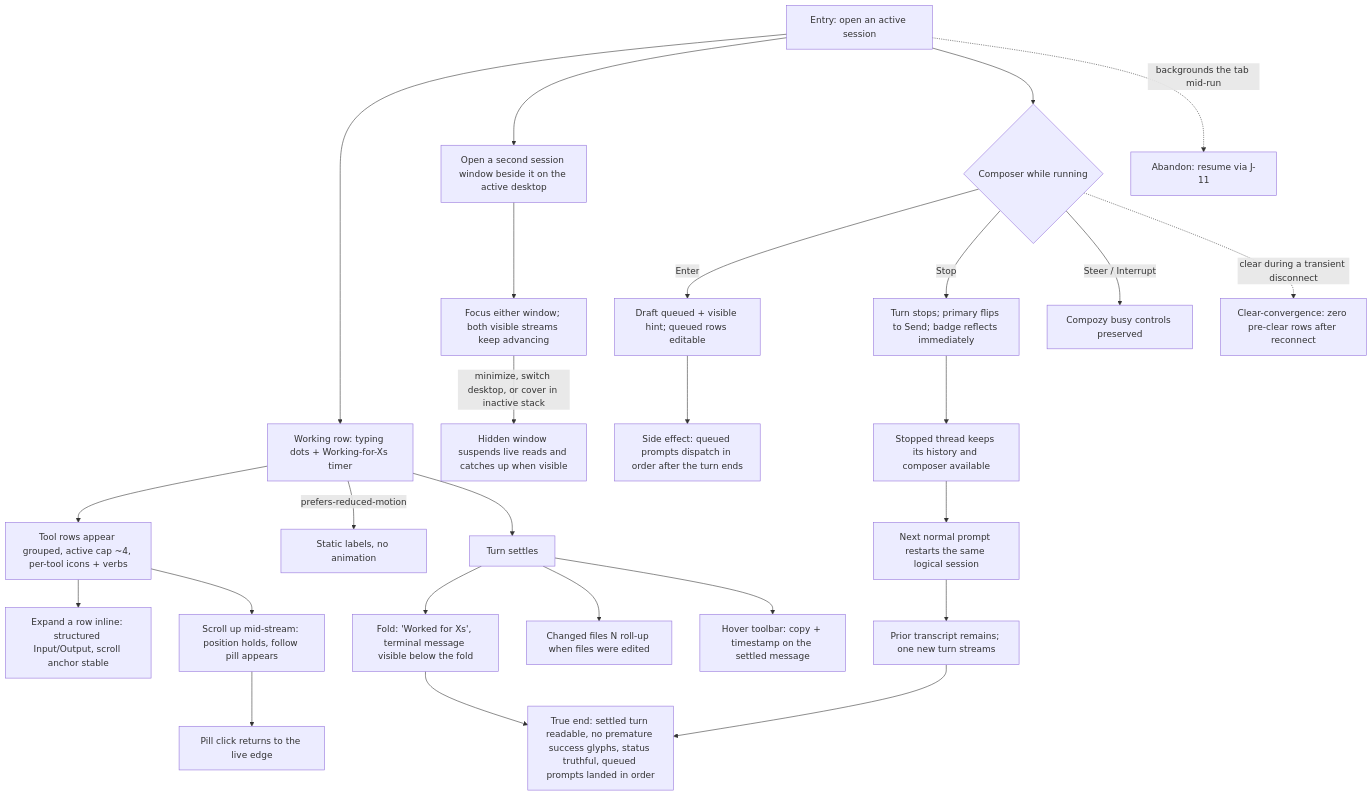
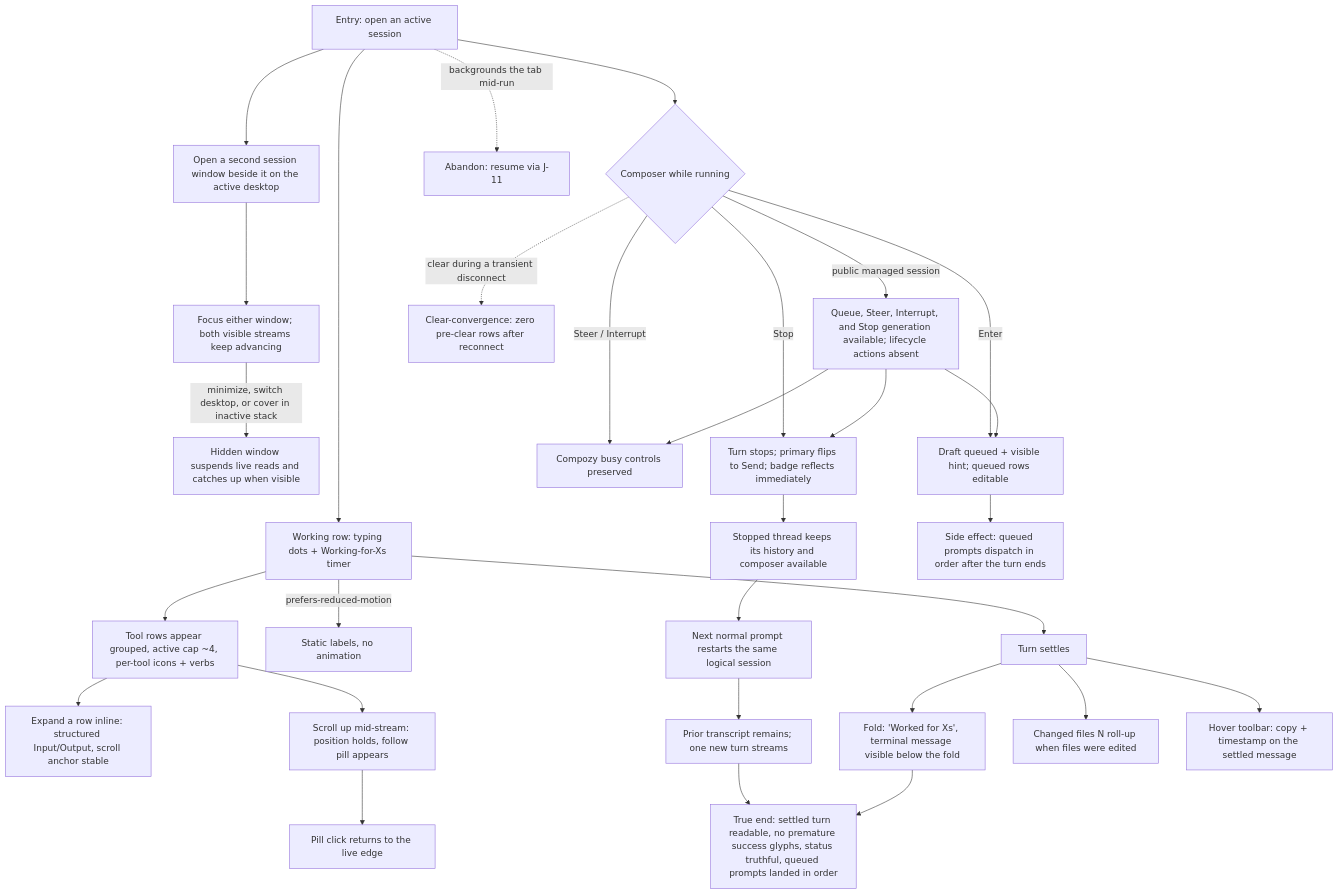
One commit to compozy/compozy changed the diagram in docs/qa/journeys/J-13-follow-a-live-run.md. Above: the diagram before and after it, drawn with Mermaid. The commit also changed other lines of this file and 17 other files, not shown here.

````diff
--- a/docs/qa/journeys/J-13-follow-a-live-run.md
+++ b/docs/qa/journeys/J-13-follow-a-live-run.md
@@ -5,28 +5,32 @@
 ```mermaid
 flowchart TD
     E[Entry: open an active session] --> W[Working row: typing dots + Working-for-Xs timer]
     E --> VW[Open a second session window beside it on the active desktop]
     VW --> VF[Focus either window; both visible streams keep advancing]
     VF -->|minimize, switch desktop, or cover in inactive stack| VD[Hidden window suspends live reads and catches up when visible]
     W --> TR[Tool rows appear grouped, active cap ~4, per-tool icons + verbs]
     TR --> EX[Expand a row inline: structured Input/Output, scroll anchor stable]
     TR --> SCRL[Scroll up mid-stream: position holds, follow pill appears]
     SCRL --> PILL[Pill click returns to the live edge]
     W -->|prefers-reduced-motion| RM[Static labels, no animation]
     E --> C{Composer while running}
+    C -->|public managed session| MC[Queue, Steer, Interrupt, and Stop generation available; lifecycle actions absent]
+    MC --> Q
+    MC --> SI
+    MC --> STP
     C -->|Enter| Q[Draft queued + visible hint; queued rows editable]
     C -->|Stop| STP[Turn stops; primary flips to Send; badge reflects immediately]
     STP --> READY[Stopped thread keeps its history and composer available]
     READY --> RESTART[Next normal prompt restarts the same logical session]
     RESTART --> SAME[Prior transcript remains; one new turn streams]
     C -->|Steer / Interrupt| SI[Compozy busy controls preserved]
     Q --> DQ[Side effect: queued prompts dispatch in order after the turn ends]
     W --> SET[Turn settles]
     SET --> F[Fold: 'Worked for Xs', terminal message visible below the fold]
     SET --> CF[Changed files N roll-up when files were edited]
     SET --> HT[Hover toolbar: copy + timestamp on the settled message]
     C -.->|clear during a transient disconnect| CLR[Clear-convergence: zero pre-clear rows after reconnect]
     E -.->|backgrounds the tab mid-run| AB[Abandon: resume via J-11]
     F --> TE[True end: settled turn readable, no premature success glyphs, status truthful, queued prompts landed in order]
     SAME --> TE
 ```
````
